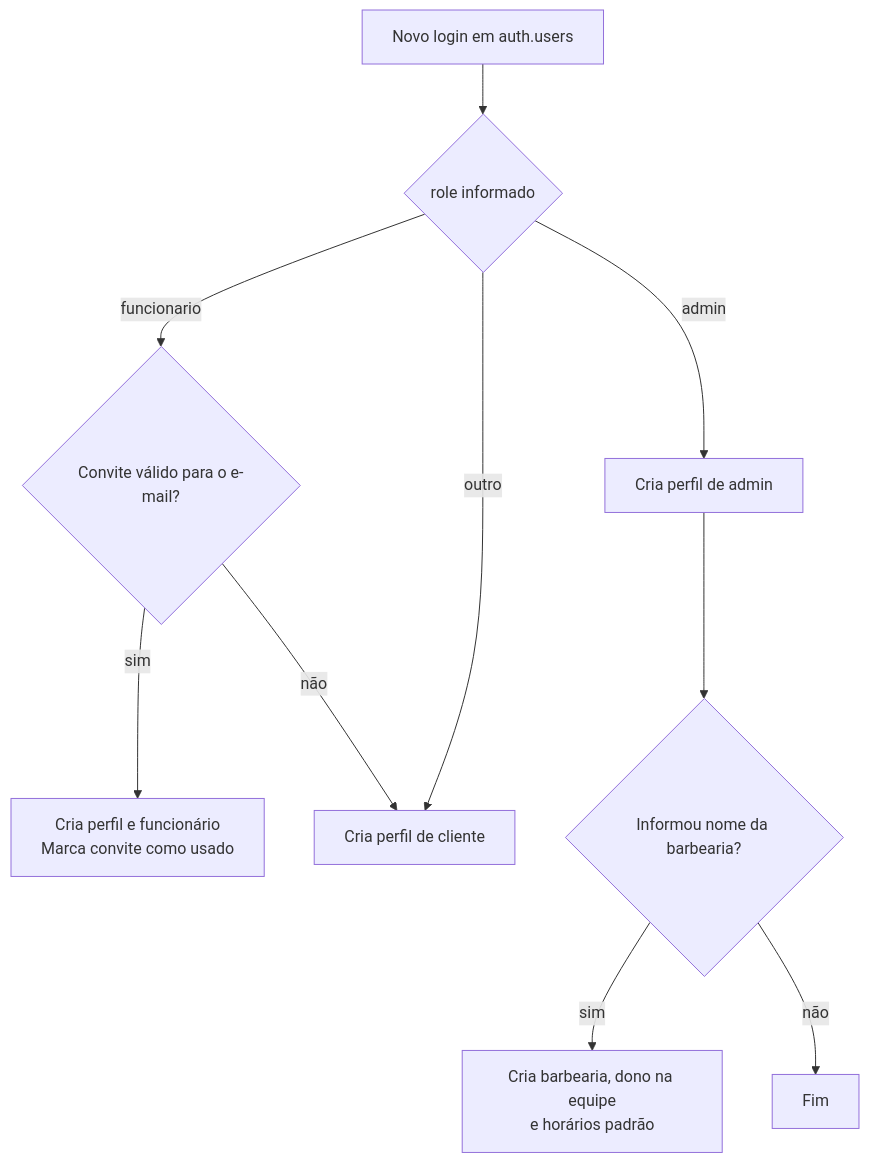
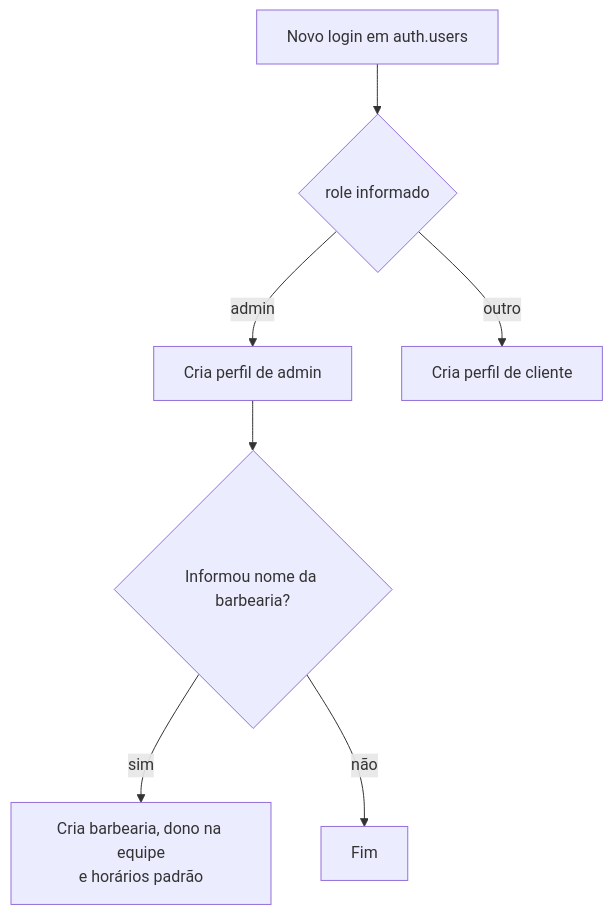
Before and after one commit to kaykytavora/agendem-barbearia: the second of 5 diagrams in database/README.md, drawn with Mermaid. The commit also changed other lines of this file and 26 other files, not shown here.

````diff
--- a/database/README.md
+++ b/database/README.md
@@ -53,12 +55,9 @@
 ```mermaid
 flowchart TD
     A["Novo login em auth.users"] --> B{"role informado"}
-    B -->|"funcionario"| C{"Convite válido para o e-mail?"}
-    C -->|"sim"| D["Cria perfil e funcionário<br/>Marca convite como usado"]
-    C -->|"não"| G["Cria perfil de cliente"]
     B -->|"admin"| E["Cria perfil de admin"]
     E --> F{"Informou nome da barbearia?"}
     F -->|"sim"| H["Cria barbearia, dono na equipe<br/>e horários padrão"]
     F -->|"não"| I["Fim"]
-    B -->|"outro"| G
+    B -->|"outro"| G["Cria perfil de cliente"]
 ```
````
